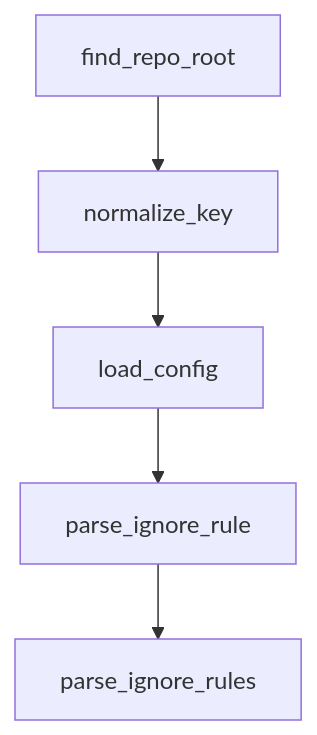
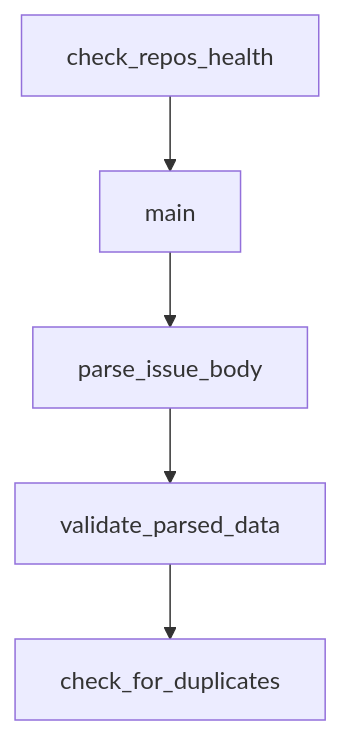
The diagram in tutorials/awesome-claude-code-tutorial/05-claude-md-and-project-scaffolding-patterns.md (johnxie/awesome-code-docs), drawn with Mermaid before and after one commit. The commit also changed other lines of this file and 1232 other files, not shown here.

````diff
--- a/tutorials/awesome-claude-code-tutorial/05-claude-md-and-project-scaffolding-patterns.md
+++ b/tutorials/awesome-claude-code-tutorial/05-claude-md-and-project-scaffolding-patterns.md
@@ -214,12 +212,12 @@
 ```mermaid
 flowchart TD
-    A[find_repo_root]
-    B[normalize_key]
-    C[load_config]
-    D[parse_ignore_rule]
-    E[parse_ignore_rules]
+    A[check_repos_health]
+    B[main]
+    C[parse_issue_body]
+    D[validate_parsed_data]
+    E[check_for_duplicates]
     A --> B
     B --> C
     C --> D
     D --> E
 ```
````
